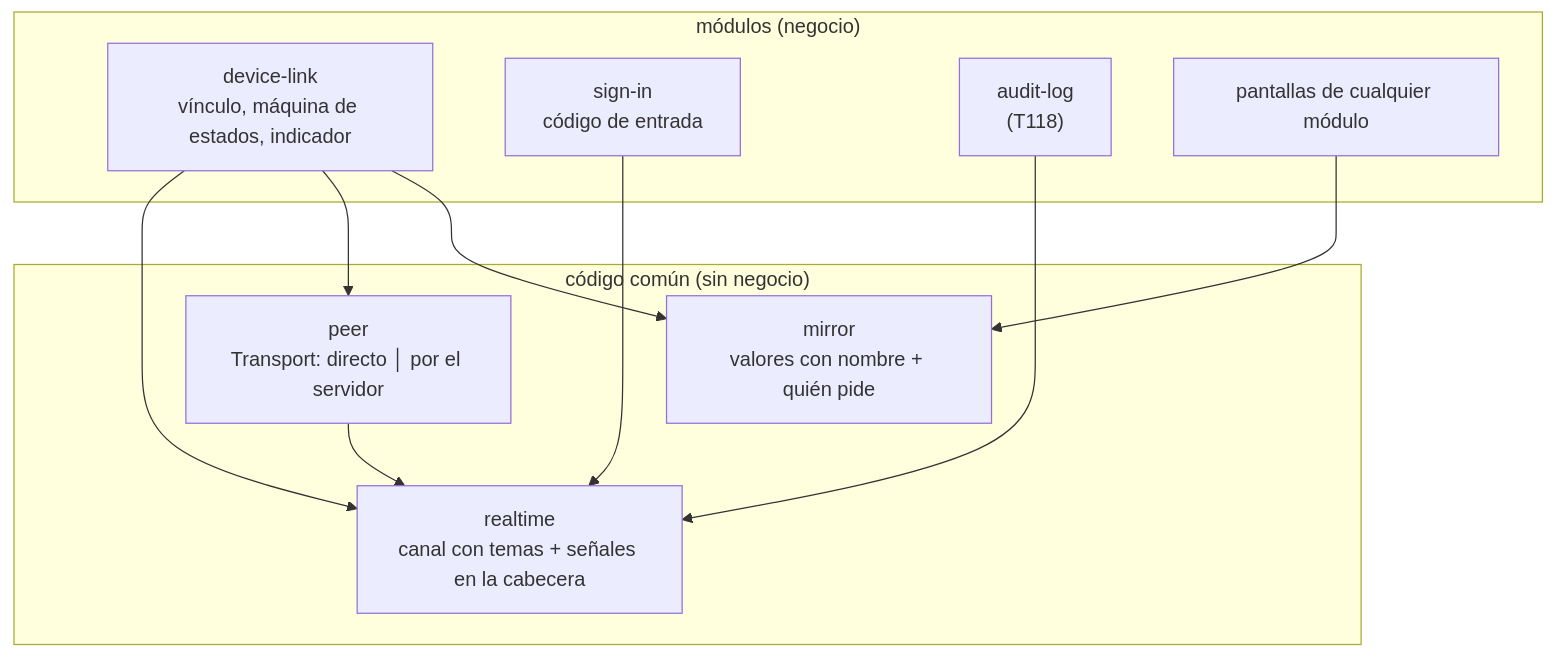
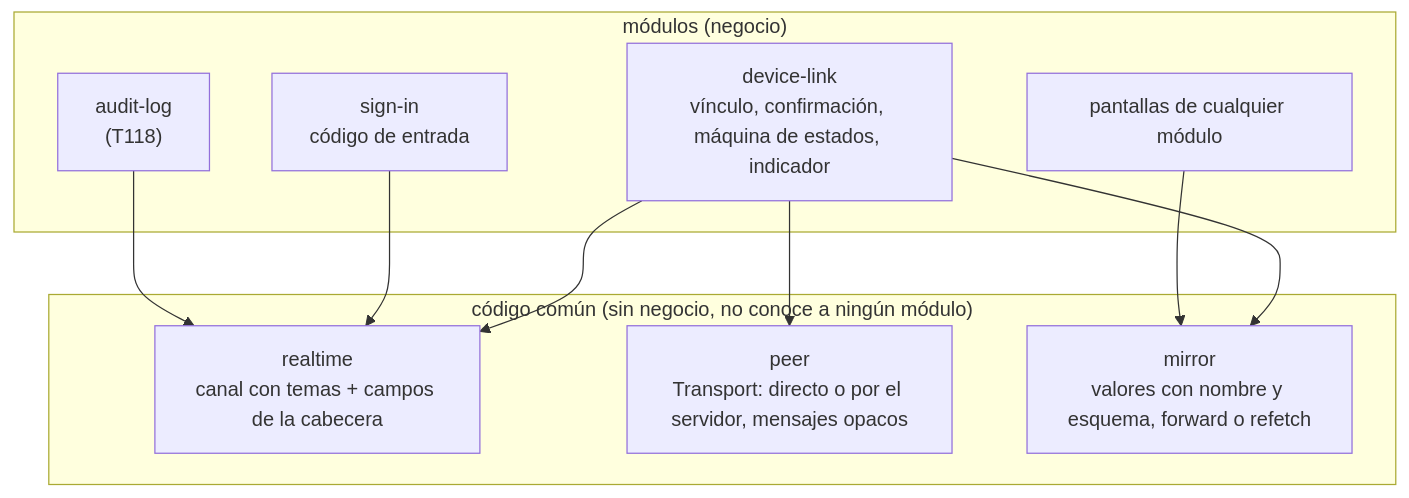
One commit to carlos-illobre/ferrebress changed the diagram in docs/technical/adr/ADR-017-realtime-channel-and-mirror.md. Above: the diagram before and after it, drawn with Mermaid. The commit also changed other lines of this file and 10 other files, not shown here.

First line of the commit message:
03a · paso 5: el diseño del vínculo corregido con las dos revisiones

````diff
--- a/docs/technical/adr/ADR-017-realtime-channel-and-mirror.md
+++ b/docs/technical/adr/ADR-017-realtime-channel-and-mirror.md
@@ -29,21 +29,20 @@
 ```mermaid
 flowchart TB
   subgraph modules["módulos (negocio)"]
-    DL["device-link<br/>vínculo, máquina de estados, indicador"]
+    DL["device-link<br/>vínculo, confirmación, máquina de estados, indicador"]
     SI["sign-in<br/>código de entrada"]
     AL["audit-log<br/>(T118)"]
     SCR["pantallas de cualquier módulo"]
   end
-  subgraph common["código común (sin negocio)"]
-    RT["realtime<br/>canal con temas + señales en la cabecera"]
-    PEER["peer<br/>Transport: directo │ por el servidor"]
-    MIR["mirror<br/>valores con nombre + quién pide"]
+  subgraph common["código común (sin negocio, no conoce a ningún módulo)"]
+    RT["realtime<br/>canal con temas + campos de la cabecera"]
+    PEER["peer<br/>Transport: directo o por el servidor, mensajes opacos"]
+    MIR["mirror<br/>valores con nombre y esquema, forward o refetch"]
   end
   DL --> RT
   DL --> PEER
   DL --> MIR
   SI --> RT
   AL --> RT
   SCR --> MIR
-  PEER --> RT
 ```
````
